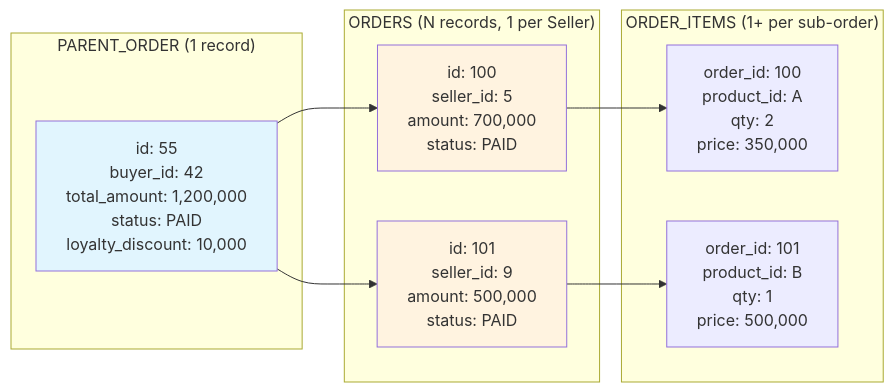
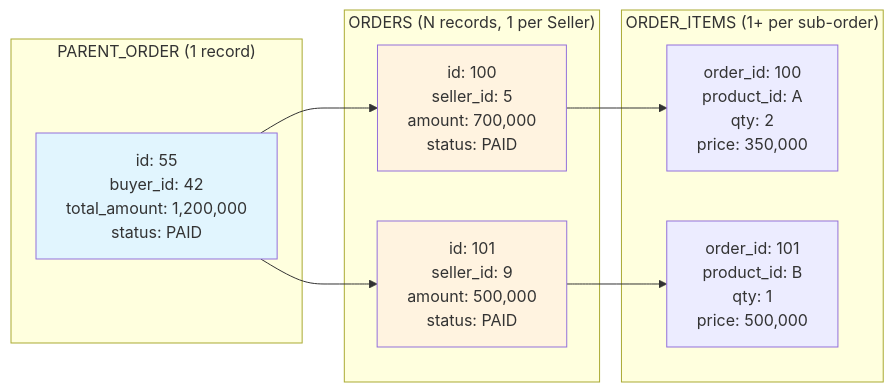
One commit to ldqanh1408/stealing-from-paradise changed diagram 11 of 18 in docs/07_BUSINESS_FLOWS.md. Above: the diagram before and after it, drawn with Mermaid. The commit also changed other lines of this file and 52 other files, not shown here.

````diff
--- a/docs/07_BUSINESS_FLOWS.md
+++ b/docs/07_BUSINESS_FLOWS.md
@@ -396,25 +388,25 @@
 ```mermaid
 graph LR
     subgraph Parent["PARENT_ORDER (1 record)"]
-        PO["id: 55<br>buyer_id: 42<br>total_amount: 1,200,000<br>status: PAID<br>loyalty_discount: 10,000"]
+        PO["id: 55<br>buyer_id: 42<br>total_amount: 1,200,000<br>status: PAID"]
     end
 
     subgraph SubOrders["ORDERS (N records, 1 per Seller)"]
         O1["id: 100<br>seller_id: 5<br>amount: 700,000<br>status: PAID"]
         O2["id: 101<br>seller_id: 9<br>amount: 500,000<br>status: PAID"]
     end
 
     subgraph OrderItems["ORDER_ITEMS (1+ per sub-order)"]
         OI1["order_id: 100<br>product_id: A<br>qty: 2<br>price: 350,000"]
         OI2["order_id: 101<br>product_id: B<br>qty: 1<br>price: 500,000"]
     end
 
     PO --> O1
     PO --> O2
     O1 --> OI1
     O2 --> OI2
 
     style PO fill:#e1f5fe
     style O1 fill:#fff3e0
     style O2 fill:#fff3e0
 ```
````
